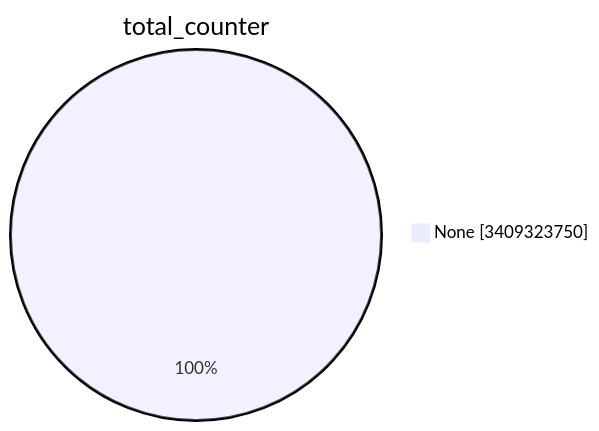
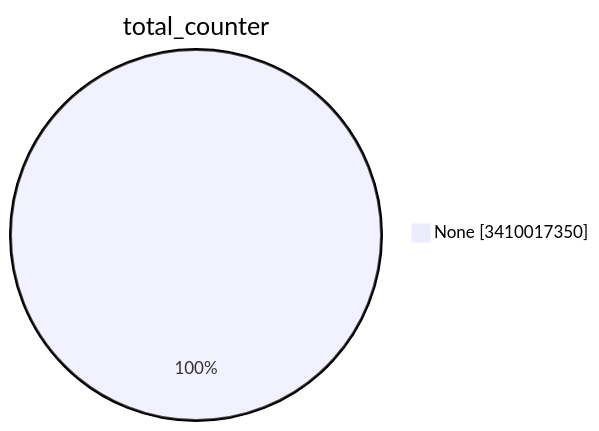
Before and after one commit to christiankrug/ctmonitor_visualization: the first of 15 diagrams in TOTAL/README.md, drawn with Mermaid. The commit also changed other lines of this file, not shown here.

````diff
--- a/TOTAL/README.md
+++ b/TOTAL/README.md
@@ -1,5 +1,5 @@
 ```mermaid
 pie showData
 title total_counter
-"None" :3409323750
+"None" :3410017350
 ```
````
